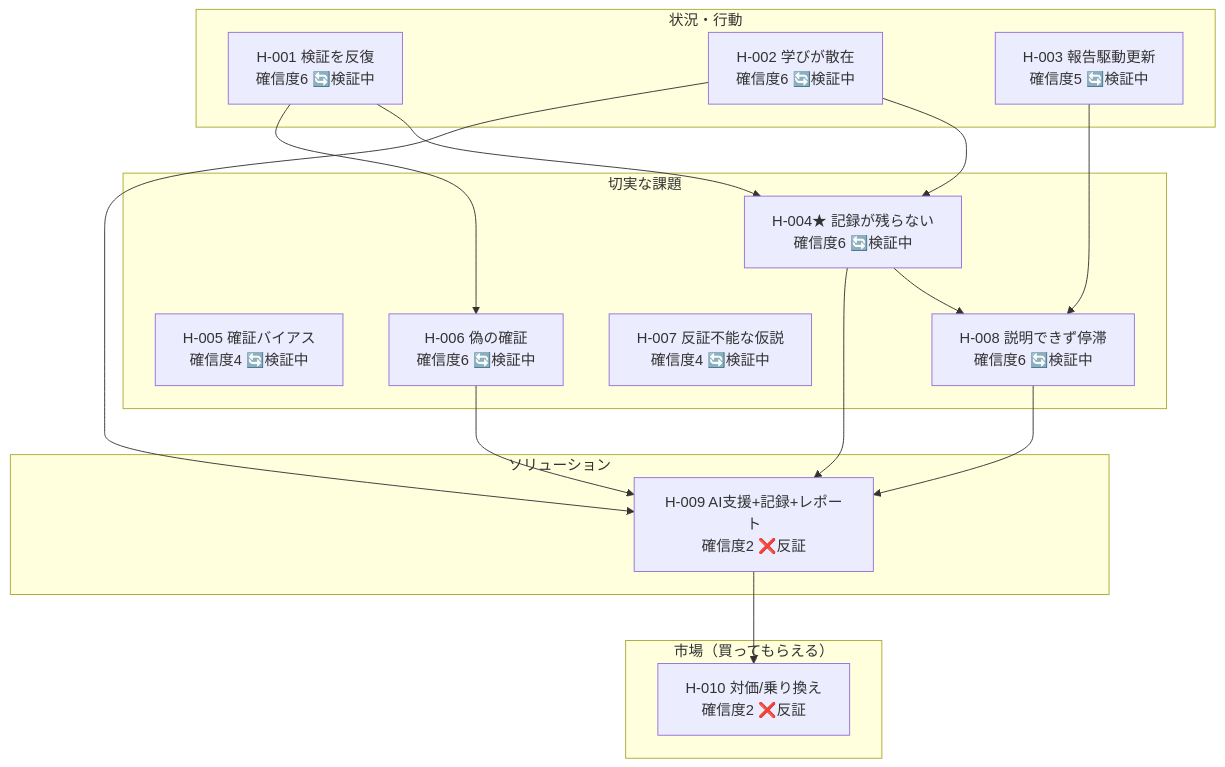
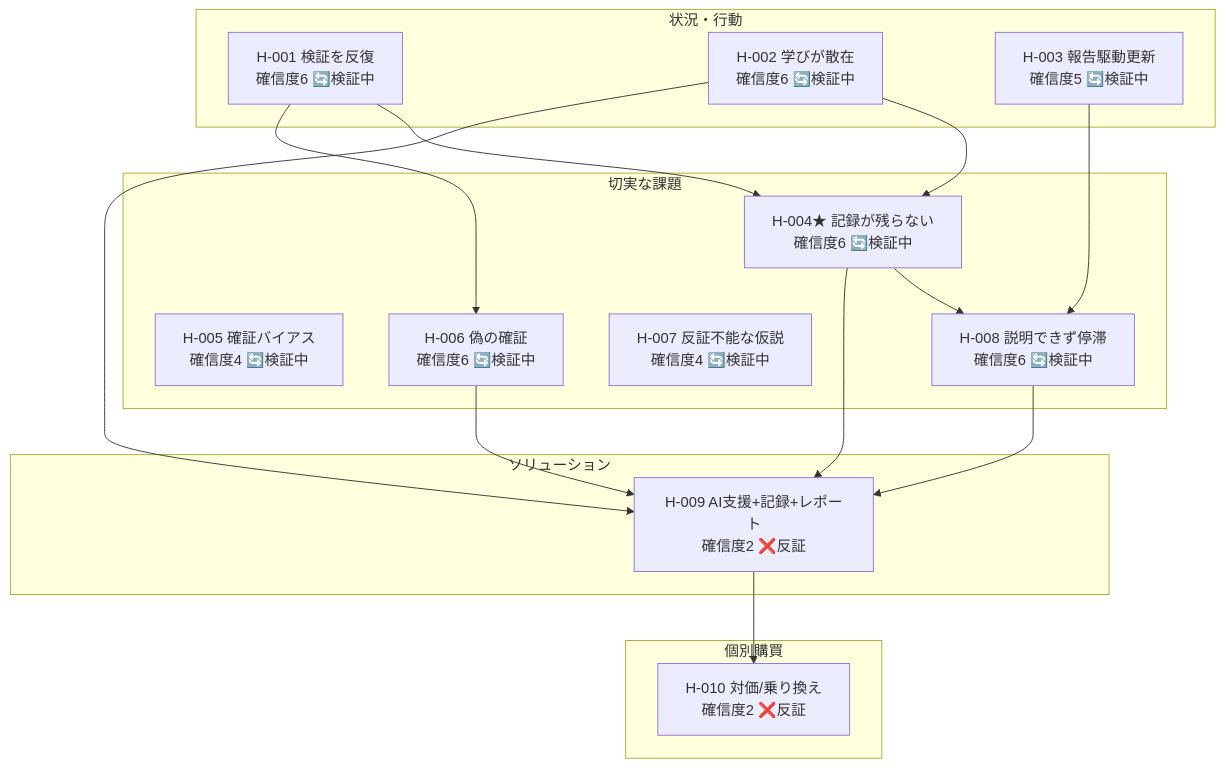
Before and after one commit to haru01/hypothesis-wiki: the diagram in projects/self/wiki/views/hypotheses-list.md, drawn with Mermaid. The commit also changed other lines of this file and 25 other files, not shown here.

````diff
--- a/projects/self/wiki/views/hypotheses-list.md
+++ b/projects/self/wiki/views/hypotheses-list.md
@@ -10,31 +10,31 @@
 ```mermaid
 flowchart TB
     subgraph beh["状況・行動"]
       SELF_H_001["H-001 検証を反復<br/>確信度6 🔄検証中"]
       SELF_H_002["H-002 学びが散在<br/>確信度6 🔄検証中"]
       SELF_H_003["H-003 報告駆動更新<br/>確信度5 🔄検証中"]
     end
     subgraph prob["切実な課題"]
       SELF_H_004["H-004★ 記録が残らない<br/>確信度6 🔄検証中"]
       SELF_H_005["H-005 確証バイアス<br/>確信度4 🔄検証中"]
       SELF_H_006["H-006 偽の確証<br/>確信度6 🔄検証中"]
       SELF_H_007["H-007 反証不能な仮説<br/>確信度4 🔄検証中"]
       SELF_H_008["H-008 説明できず停滞<br/>確信度6 🔄検証中"]
     end
     subgraph sol["ソリューション"]
       SELF_H_009["H-009 AI支援+記録+レポート<br/>確信度2 ❌反証"]
     end
-    subgraph mkt["市場（買ってもらえる）"]
+    subgraph mkt["個別購買"]
       SELF_H_010["H-010 対価/乗り換え<br/>確信度2 ❌反証"]
     end
     SELF_H_001 --> SELF_H_004
     SELF_H_001 --> SELF_H_006
     SELF_H_002 --> SELF_H_004
     SELF_H_002 --> SELF_H_009
     SELF_H_003 --> SELF_H_008
     SELF_H_004 --> SELF_H_008
     SELF_H_004 --> SELF_H_009
     SELF_H_006 --> SELF_H_009
     SELF_H_008 --> SELF_H_009
     SELF_H_009 --> SELF_H_010
 ```
````
